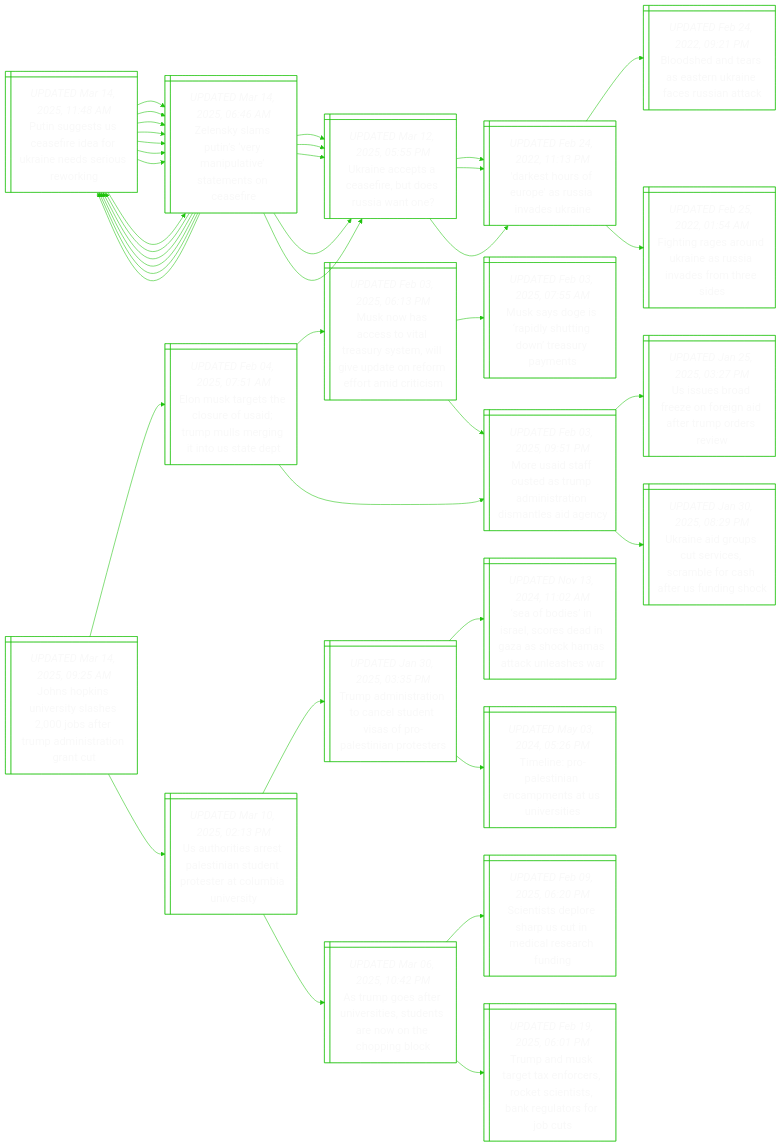
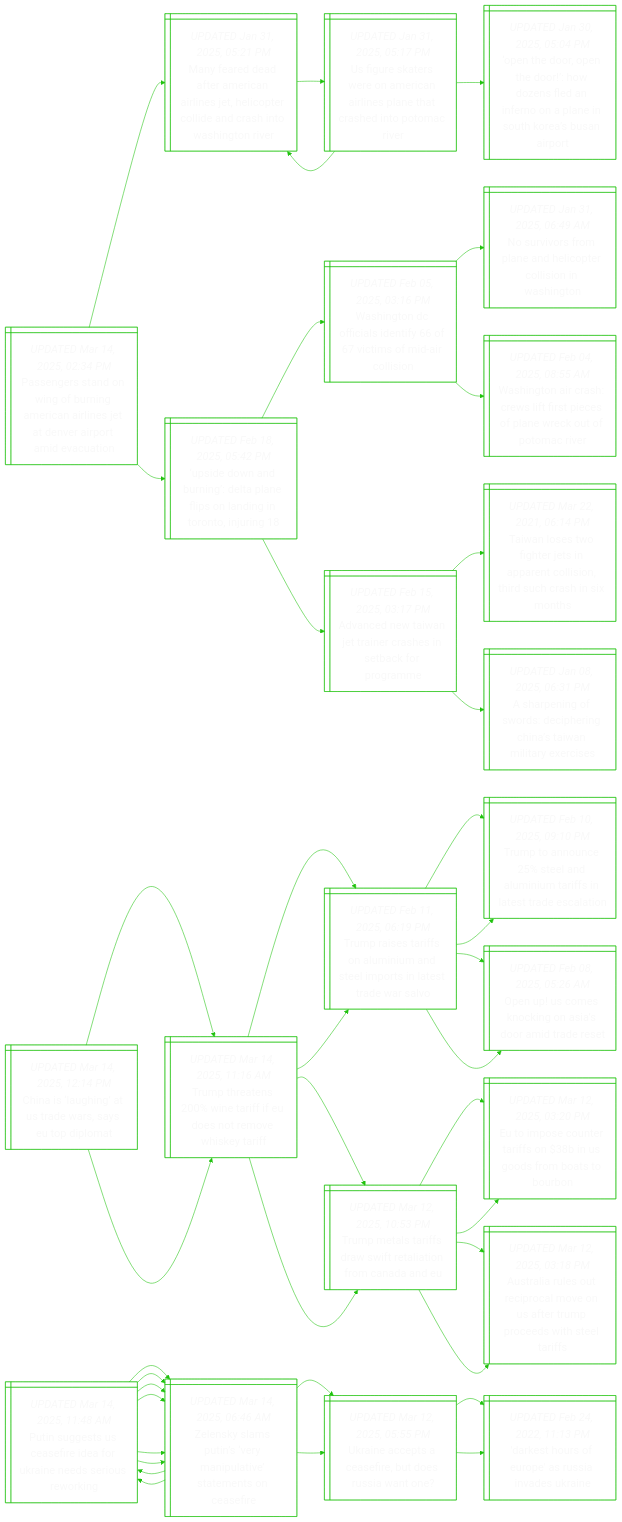
One commit to notJmes/notJmes changed the diagram in README.md. Above: the diagram before and after it, drawn with Mermaid. The commit also changed other lines of this file, not shown here.

````diff
--- a/README.md
+++ b/README.md
@@ -15,6 +15,89 @@
 %%{init: {'theme':'base', 'themeVariables': {'primaryColor': "transparent", 'primaryTextColor': "#F9F9F9", 'lineColor': "#20C20E", 'primaryBorderColor':'#20C20E'}}}%%
 flowchart LR
 classDef txtsize font-size:20px;
+
+PnsogrAcrstepmai@{ shape: win-pane, label: "_UPDATED Mar 14, 2025, 02:34 PM_
+Passengers stand on wing of burning american airlines jet at denver airport amid evacuation" }
+Medfmaljltlaathoe@{ shape: win-pane, label: "_UPDATED Jan 31, 2025, 05:21 PM_
+Many feared dead after american airlines jet, helicopter collide and crash into washington river" }
+Uuawniienthtoi@{ shape: win-pane, label: "_UPDATED Jan 31, 2025, 05:17 PM_
+Us figure skaters were on american airlines plane that crashed into potomac river" }
+Medfmaljltlaathoe@{ shape: win-pane, label: "_UPDATED Jan 31, 2025, 05:21 PM_
+Many feared dead after american airlines jet, helicopter collide and crash into washington river" }
+OhrtodsaennooBar@{ shape: win-pane, label: "_UPDATED Jan 30, 2025, 05:04 PM_
+‘open the door, open the door!’: how dozens fled an inferno on a plane in south korea’s busan airport" }
+UearDpfodnnjg@{ shape: win-pane, label: "_UPDATED Feb 18, 2025, 05:42 PM_
+‘upside down and burning’: delta plane flips on landing in toronto, injuring 18" }
+WnDistfimri@{ shape: win-pane, label: "_UPDATED Feb 05, 2025, 03:16 PM_
+Washington dc officials identify 66 of 67 victims of mid-air collision" }
+Nvspaltloag@{ shape: win-pane, label: "_UPDATED Jan 31, 2025, 06:49 AM_
+No survivors from plane and helicopter collision in washington" }
+WnaaefscpwoPae@{ shape: win-pane, label: "_UPDATED Feb 04, 2025, 08:55 AM_
+Washington air crash: crews lift first pieces of plane wreck out of potomac river" }
+Acwatesnarr@{ shape: win-pane, label: "_UPDATED Feb 15, 2025, 03:17 PM_
+Advanced new taiwan jet trainer crashes in setback for programme" }
+Tnsiriacshuasn@{ shape: win-pane, label: "_UPDATED Mar 22, 2021, 06:14 PM_
+Taiwan loses two fighter jets in apparent collision, third such crash in six months" }
+ApgoeeCsaiei@{ shape: win-pane, label: "_UPDATED Jan 08, 2025, 06:31 PM_
+A sharpening of swords: deciphering china’s taiwan military exercises" }
+
+PnsogrAcrstepmai:::txtsize --> Medfmaljltlaathoe:::txtsize
+Medfmaljltlaathoe:::txtsize --> Uuawniienthtoi:::txtsize
+Uuawniienthtoi:::txtsize --> Medfmaljltlaathoe:::txtsize
+Uuawniienthtoi:::txtsize --> OhrtodsaennooBar:::txtsize
+PnsogrAcrstepmai:::txtsize --> UearDpfodnnjg:::txtsize
+UearDpfodnnjg:::txtsize --> WnDistfimri:::txtsize
+WnDistfimri:::txtsize --> Nvspaltloag:::txtsize
+WnDistfimri:::txtsize --> WnaaefscpwoPae:::txtsize
+UearDpfodnnjg:::txtsize --> Acwatesnarr:::txtsize
+Acwatesnarr:::txtsize --> Tnsiriacshuasn:::txtsize
+Acwatesnarr:::txtsize --> ApgoeeCsaiei:::txtsize
+
+Cigarayol@{ shape: win-pane, label: "_UPDATED Mar 14, 2025, 12:14 PM_
+China is ‘laughing’ at us trade wars, says eu top diplomat" }
+Tttirferekr@{ shape: win-pane, label: "_UPDATED Mar 14, 2025, 11:16 AM_
+Trump threatens 200% wine tariff if eu does not remove whiskey tariff" }
+Trsfanneonsds@{ shape: win-pane, label: "_UPDATED Feb 11, 2025, 06:19 PM_
+Trump raises tariffs on aluminium and steel imports in latest trade war salvo" }
+Ttosauuinsdao@{ shape: win-pane, label: "_UPDATED Feb 10, 2025, 09:10 PM_
+Trump to announce 25% steel and aluminium tariffs in latest trade escalation" }
+Opmogiodet@{ shape: win-pane, label: "_UPDATED Feb 08, 2025, 05:26 AM_
+Open up! us comes knocking on asia’s door amid trade reset" }
+Tmsfafaioad@{ shape: win-pane, label: "_UPDATED Mar 12, 2025, 10:53 PM_
+Trump metals tariffs draw swift retaliation from canada and eu" }
+EmceinSsbtr@{ shape: win-pane, label: "_UPDATED Mar 12, 2025, 03:20 PM_
+Eu to impose counter tariffs on $38b in us goods from boats to bourbon" }
+AauuiaeaTpetei@{ shape: win-pane, label: "_UPDATED Mar 12, 2025, 03:18 PM_
+Australia rules out reciprocal move on us after trump proceeds with steel tariffs" }
+Tttirferekr@{ shape: win-pane, label: "_UPDATED Mar 14, 2025, 11:16 AM_
+Trump threatens 200% wine tariff if eu does not remove whiskey tariff" }
+Trsfanneonsds@{ shape: win-pane, label: "_UPDATED Feb 11, 2025, 06:19 PM_
+Trump raises tariffs on aluminium and steel imports in latest trade war salvo" }
+Ttosauuinsdao@{ shape: win-pane, label: "_UPDATED Feb 10, 2025, 09:10 PM_
+Trump to announce 25% steel and aluminium tariffs in latest trade escalation" }
+Opmogiodet@{ shape: win-pane, label: "_UPDATED Feb 08, 2025, 05:26 AM_
+Open up! us comes knocking on asia’s door amid trade reset" }
+Tmsfafaioad@{ shape: win-pane, label: "_UPDATED Mar 12, 2025, 10:53 PM_
+Trump metals tariffs draw swift retaliation from canada and eu" }
+EmceinSsbtr@{ shape: win-pane, label: "_UPDATED Mar 12, 2025, 03:20 PM_
+Eu to impose counter tariffs on $38b in us goods from boats to bourbon" }
+AauuiaeaTpetei@{ shape: win-pane, label: "_UPDATED Mar 12, 2025, 03:18 PM_
+Australia rules out reciprocal move on us after trump proceeds with steel tariffs" }
+
+Cigarayol:::txtsize --> Tttirferekr:::txtsize
+Tttirferekr:::txtsize --> Trsfanneonsds:::txtsize
+Trsfanneonsds:::txtsize --> Ttosauuinsdao:::txtsize
+Trsfanneonsds:::txtsize --> Opmogiodet:::txtsize
+Tttirferekr:::txtsize --> Tmsfafaioad:::txtsize
+Tmsfafaioad:::txtsize --> EmceinSsbtr:::txtsize
+Tmsfafaioad:::txtsize --> AauuiaeaTpetei:::txtsize
+Cigarayol:::txtsize --> Tttirferekr:::txtsize
+Tttirferekr:::txtsize --> Trsfanneonsds:::txtsize
+Trsfanneonsds:::txtsize --> Ttosauuinsdao:::txtsize
+Trsfanneonsds:::txtsize --> Opmogiodet:::txtsize
+Tttirferekr:::txtsize --> Tmsfafaioad:::txtsize
+Tmsfafaioad:::txtsize --> EmceinSsbtr:::txtsize
+Tmsfafaioad:::txtsize --> AauuiaeaTpetei:::txtsize
 
 Psscfdrierrk@{ shape: win-pane, label: "_UPDATED Mar 14, 2025, 11:48 AM_
 Putin suggests us ceasefire idea for ukraine needs serious reworking" }
@@ -56,87 +139,4 @@
 Psscfdrierrk:::txtsize --> Zsatenasmose:::txtsize
 Psscfdrierrk:::txtsize --> Zsatenasmose:::txtsize
 
-Zsatenasmose@{ shape: win-pane, label: "_UPDATED Mar 14, 2025, 06:46 AM_
-Zelensky slams putin’s ‘very manipulative’ statements on ceasefire" }
-Unecfusit@{ shape: win-pane, label: "_UPDATED Mar 12, 2025, 05:55 PM_
-Ukraine accepts a ceasefire, but does russia want one?" }
-DsruasvUn@{ shape: win-pane, label: "_UPDATED Feb 24, 2022, 11:13 PM_
-'darkest hours of europe' as russia invades ukraine" }
-Bsnranicsak@{ shape: win-pane, label: "_UPDATED Feb 24, 2022, 09:21 PM_
-Bloodshed and tears as eastern ukraine faces russian attack" }
-Figokesnsts@{ shape: win-pane, label: "_UPDATED Feb 25, 2022, 01:54 AM_
-Fighting rages around ukraine as russia invades from three sides" }
-Psscfdrierrk@{ shape: win-pane, label: "_UPDATED Mar 14, 2025, 11:48 AM_
-Putin suggests us ceasefire idea for ukraine needs serious reworking" }
-Zsatenasmose@{ shape: win-pane, label: "_UPDATED Mar 14, 2025, 06:46 AM_
-Zelensky slams putin’s ‘very manipulative’ statements on ceasefire" }
-Unecfusit@{ shape: win-pane, label: "_UPDATED Mar 12, 2025, 05:55 PM_
-Ukraine accepts a ceasefire, but does russia want one?" }
-Psscfdrierrk@{ shape: win-pane, label: "_UPDATED Mar 14, 2025, 11:48 AM_
-Putin suggests us ceasefire idea for ukraine needs serious reworking" }
-Zsatenasmose@{ shape: win-pane, label: "_UPDATED Mar 14, 2025, 06:46 AM_
-Zelensky slams putin’s ‘very manipulative’ statements on ceasefire" }
-Unecfusit@{ shape: win-pane, label: "_UPDATED Mar 12, 2025, 05:55 PM_
-Ukraine accepts a ceasefire, but does russia want one?" }
-Psscfdrierrk@{ shape: win-pane, label: "_UPDATED Mar 14, 2025, 11:48 AM_
-Putin suggests us ceasefire idea for ukraine needs serious reworking" }
-
-Zsatenasmose:::txtsize --> Unecfusit:::txtsize
-Unecfusit:::txtsize --> DsruasvUn:::txtsize
-DsruasvUn:::txtsize --> Bsnranicsak:::txtsize
-DsruasvUn:::txtsize --> Figokesnsts:::txtsize
-Zsatenasmose:::txtsize --> Psscfdrierrk:::txtsize
-Psscfdrierrk:::txtsize --> Zsatenasmose:::txtsize
-Zsatenasmose:::txtsize --> Unecfusit:::txtsize
-Zsatenasmose:::txtsize --> Psscfdrierrk:::txtsize
-Psscfdrierrk:::txtsize --> Zsatenasmose:::txtsize
-Zsatenasmose:::txtsize --> Unecfusit:::txtsize
-Zsatenasmose:::txtsize --> Psscfdrierrk:::txtsize
-
-JHnvtsotumton@{ shape: win-pane, label: "_UPDATED Mar 14, 2025, 09:25 AM_
-Johns hopkins university slashes 2,000 jobs after trump administration grant cut" }
-EurtooimlgtUtt@{ shape: win-pane, label: "_UPDATED Feb 04, 2025, 07:51 AM_
-Elon musk targets the closure of usaid; trump mulls merging it into us state dept" }
-Moasteyelueffari@{ shape: win-pane, label: "_UPDATED Feb 03, 2025, 06:13 PM_
-Musk now has access to vital treasury system, will give update on reform effort amid criticism" }
-MaGaytoeye@{ shape: win-pane, label: "_UPDATED Feb 03, 2025, 07:55 AM_
-Musk says doge is ‘rapidly shutting down’ treasury payments" }
-MStuamirnasg@{ shape: win-pane, label: "_UPDATED Feb 03, 2025, 09:51 PM_
-More usaid staff ousted as trump administration dismantles aid agency" }
-MStuamirnasg@{ shape: win-pane, label: "_UPDATED Feb 03, 2025, 09:51 PM_
-More usaid staff ousted as trump administration dismantles aid agency" }
-Uuoenidrpri@{ shape: win-pane, label: "_UPDATED Jan 25, 2025, 03:27 PM_
-Us issues broad freeze on foreign aid after trump orders review" }
-Ungseeafseugk@{ shape: win-pane, label: "_UPDATED Jan 30, 2025, 08:29 PM_
-Ukraine aid groups cut services, scramble for cash after us funding shock" }
-Uhiraisntrlaey@{ shape: win-pane, label: "_UPDATED Mar 10, 2025, 02:13 PM_
-Us authorities arrest palestinian student protester at columbia university" }
-Taitoedifaips@{ shape: win-pane, label: "_UPDATED Jan 30, 2025, 03:35 PM_
-Trump administration to cancel student visas of pro-palestinian protesters" }
-Sbsrcdnacaale@{ shape: win-pane, label: "_UPDATED Nov 13, 2024, 11:02 AM_
-‘sea of bodies’ in israel, scores dead in gaza as shock hamas attack unleashes war" }
-TiosaanUvt@{ shape: win-pane, label: "_UPDATED May 03, 2024, 05:26 PM_
-Timeline: pro-palestinian encampments at us universities" }
-Amsreiusohpb@{ shape: win-pane, label: "_UPDATED Mar 06, 2025, 10:42 PM_
-As trump goes after universities, students are now on the chopping block" }
-Stdrruelaug@{ shape: win-pane, label: "_UPDATED Feb 09, 2025, 06:20 PM_
-Scientists deplore sharp us cut in medical research funding" }
-Tasgxrrtnsrafb@{ shape: win-pane, label: "_UPDATED Feb 19, 2025, 06:01 PM_
-Trump and musk target tax enforcers, rocket scientists, bank regulators for job cuts" }
-
-JHnvtsotumton:::txtsize --> EurtooimlgtUtt:::txtsize
-EurtooimlgtUtt:::txtsize --> Moasteyelueffari:::txtsize
-Moasteyelueffari:::txtsize --> MaGaytoeye:::txtsize
-Moasteyelueffari:::txtsize --> MStuamirnasg:::txtsize
-EurtooimlgtUtt:::txtsize --> MStuamirnasg:::txtsize
-MStuamirnasg:::txtsize --> Uuoenidrpri:::txtsize
-MStuamirnasg:::txtsize --> Ungseeafseugk:::txtsize
-JHnvtsotumton:::txtsize --> Uhiraisntrlaey:::txtsize
-Uhiraisntrlaey:::txtsize --> Taitoedifaips:::txtsize
-Taitoedifaips:::txtsize --> Sbsrcdnacaale:::txtsize
-Taitoedifaips:::txtsize --> TiosaanUvt:::txtsize
-Uhiraisntrlaey:::txtsize --> Amsreiusohpb:::txtsize
-Amsreiusohpb:::txtsize --> Stdrruelaug:::txtsize
-Amsreiusohpb:::txtsize --> Tasgxrrtnsrafb:::txtsize
-
 ```
````
